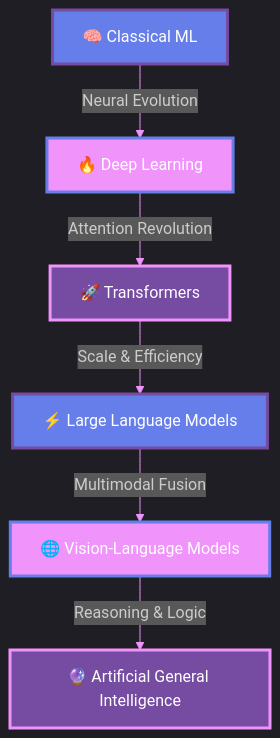
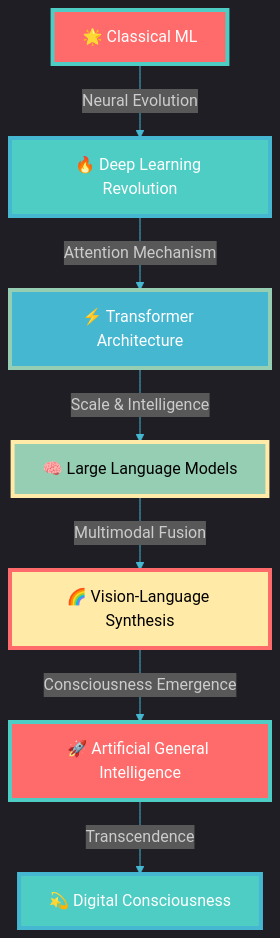
The diagram in README.md (mandrita16/mandrita16), drawn with Mermaid before and after one commit. The commit also changed other lines of this file, not shown here.

````diff
--- a/README.md
+++ b/README.md
@@ -108,16 +124,18 @@
 ```mermaid
-%%{init: {'theme':'dark', 'themeVariables': { 'primaryColor': '#667eea', 'primaryTextColor': '#fff', 'primaryBorderColor': '#764ba2', 'lineColor': '#f093fb', 'secondaryColor': '#667eea', 'tertiaryColor': '#764ba2'}}}%%
+%%{init: {'theme':'dark', 'themeVariables': { 'primaryColor': '#FF6B6B', 'primaryTextColor': '#fff', 'primaryBorderColor': '#4ECDC4', 'lineColor': '#45B7D1', 'secondaryColor': '#96CEB4', 'tertiaryColor': '#FFEAA7'}}}%%
 flowchart TD
-    A[🧠 Classical ML] -->|Neural Evolution| B[🔥 Deep Learning]
-    B -->|Attention Revolution| C[🚀 Transformers]
-    C -->|Scale & Efficiency| D[⚡ Large Language Models]
-    D -->|Multimodal Fusion| E[🌐 Vision-Language Models]
-    E -->|Reasoning & Logic| F[🔮 Artificial General Intelligence]
+    A[🌟 Classical ML] -->|Neural Evolution| B[🔥 Deep Learning Revolution]
+    B -->|Attention Mechanism| C[⚡ Transformer Architecture]
+    C -->|Scale & Intelligence| D[🧠 Large Language Models]
+    D -->|Multimodal Fusion| E[🌈 Vision-Language Synthesis]
+    E -->|Consciousness Emergence| F[🚀 Artificial General Intelligence]
+    F -->|Transcendence| G[💫 Digital Consciousness]
     
-    style A fill:#667eea,stroke:#764ba2,stroke-width:3px,color:#fff
-    style B fill:#f093fb,stroke:#667eea,stroke-width:3px,color:#fff
-    style C fill:#764ba2,stroke:#f093fb,stroke-width:3px,color:#fff
-    style D fill:#667eea,stroke:#764ba2,stroke-width:3px,color:#fff
-    style E fill:#f093fb,stroke:#667eea,stroke-width:3px,color:#fff
-    style F fill:#764ba2,stroke:#f093fb,stroke-width:3px,color:#fff
+    style A fill:#FF6B6B,stroke:#4ECDC4,stroke-width:4px,color:#fff
+    style B fill:#4ECDC4,stroke:#45B7D1,stroke-width:4px,color:#fff
+    style C fill:#45B7D1,stroke:#96CEB4,stroke-width:4px,color:#fff
+    style D fill:#96CEB4,stroke:#FFEAA7,stroke-width:4px,color:#000
+    style E fill:#FFEAA7,stroke:#FF6B6B,stroke-width:4px,color:#000
+    style F fill:#FF6B6B,stroke:#4ECDC4,stroke-width:4px,color:#fff
+    style G fill:#4ECDC4,stroke:#45B7D1,stroke-width:4px,color:#fff
 ```
````
